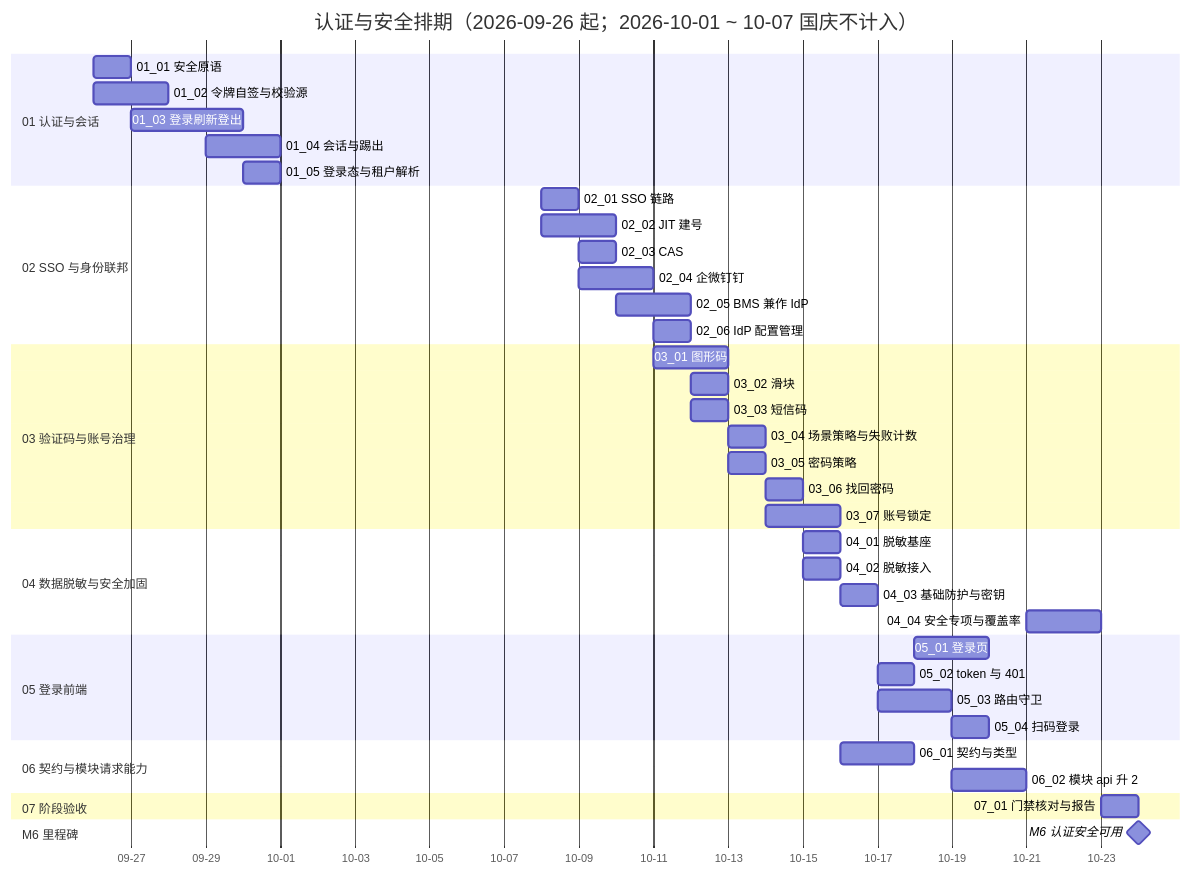
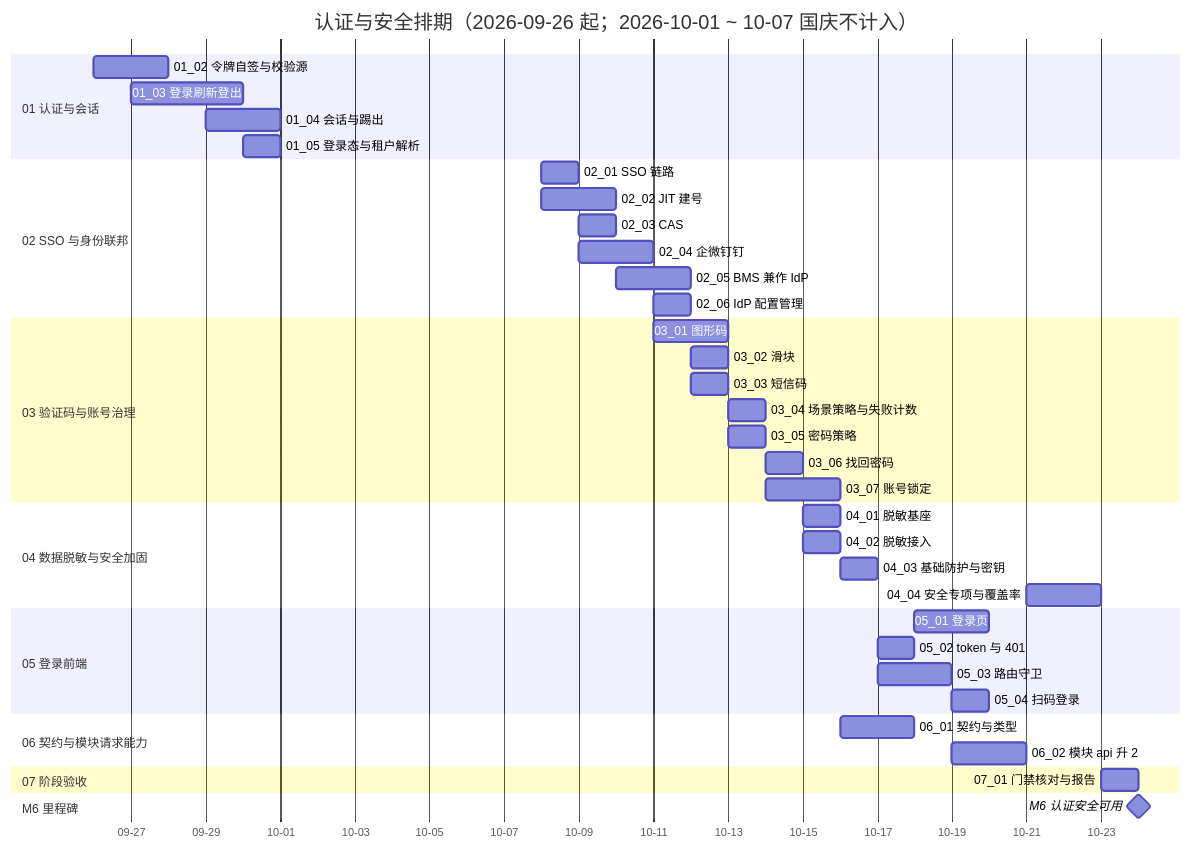
One commit to minjian123/basic-management-system changed the diagram in bms文档/项目/06_认证与安全/计划/01_计划_认证与安全.md. Above: the diagram before and after it, drawn with Mermaid. The commit also changed other lines of this file and 10 other files, not shown here.

````diff
--- a/bms文档/项目/06_认证与安全/计划/01_计划_认证与安全.md
+++ b/bms文档/项目/06_认证与安全/计划/01_计划_认证与安全.md
@@ -61,44 +59,43 @@
 ```mermaid
 gantt
     title 认证与安全排期（2026-09-26 起；2026-10-01 ~ 10-07 国庆不计入）
     dateFormat  YYYY-MM-DD
     axisFormat %m-%d
     section 01 认证与会话
-    01_01 安全原语 :a1, 2026-09-26, 1d
     01_02 令牌自签与校验源 :a2, 2026-09-26, 2d
     01_03 登录刷新登出 :a3, 2026-09-27, 3d
     01_04 会话与踢出 :a4, 2026-09-29, 2d
     01_05 登录态与租户解析 :a5, 2026-09-30, 1d
     section 02 SSO 与身份联邦
     02_01 SSO 链路 :b1, 2026-10-08, 1d
     02_02 JIT 建号 :b2, 2026-10-08, 2d
     02_03 CAS :b3, 2026-10-09, 1d
     02_04 企微钉钉 :b4, 2026-10-09, 2d
     02_05 BMS 兼作 IdP :b5, 2026-10-10, 2d
     02_06 IdP 配置管理 :b6, 2026-10-11, 1d
     section 03 验证码与账号治理
     03_01 图形码 :c1, 2026-10-11, 2d
     03_02 滑块 :c2, 2026-10-12, 1d
     03_03 短信码 :c3, 2026-10-12, 1d
     03_04 场景策略与失败计数 :c4, 2026-10-13, 1d
     03_05 密码策略 :c5, 2026-10-13, 1d
     03_06 找回密码 :c6, 2026-10-14, 1d
     03_07 账号锁定 :c7, 2026-10-14, 2d
     section 04 数据脱敏与安全加固
     04_01 脱敏基座 :d1, 2026-10-15, 1d
     04_02 脱敏接入 :d2, 2026-10-15, 1d
     04_03 基础防护与密钥 :d3, 2026-10-16, 1d
     04_04 安全专项与覆盖率 :d4, 2026-10-21, 2d
     section 05 登录前端
     05_01 登录页 :e1, 2026-10-18, 2d
     05_02 token 与 401 :e2, 2026-10-17, 1d
     05_03 路由守卫 :e3, 2026-10-17, 2d
     05_04 扫码登录 :e4, 2026-10-19, 1d
     section 06 契约与模块请求能力
     06_01 契约与类型 :f1, 2026-10-16, 2d
     06_02 模块 api 升 2 :f2, 2026-10-19, 2d
     section 07 阶段验收
     07_01 门禁核对与报告 :g1, 2026-10-23, 1d
     section M6 里程碑
     M6 认证安全可用 :milestone, mm6, 2026-10-24, 0d
 ```
````
